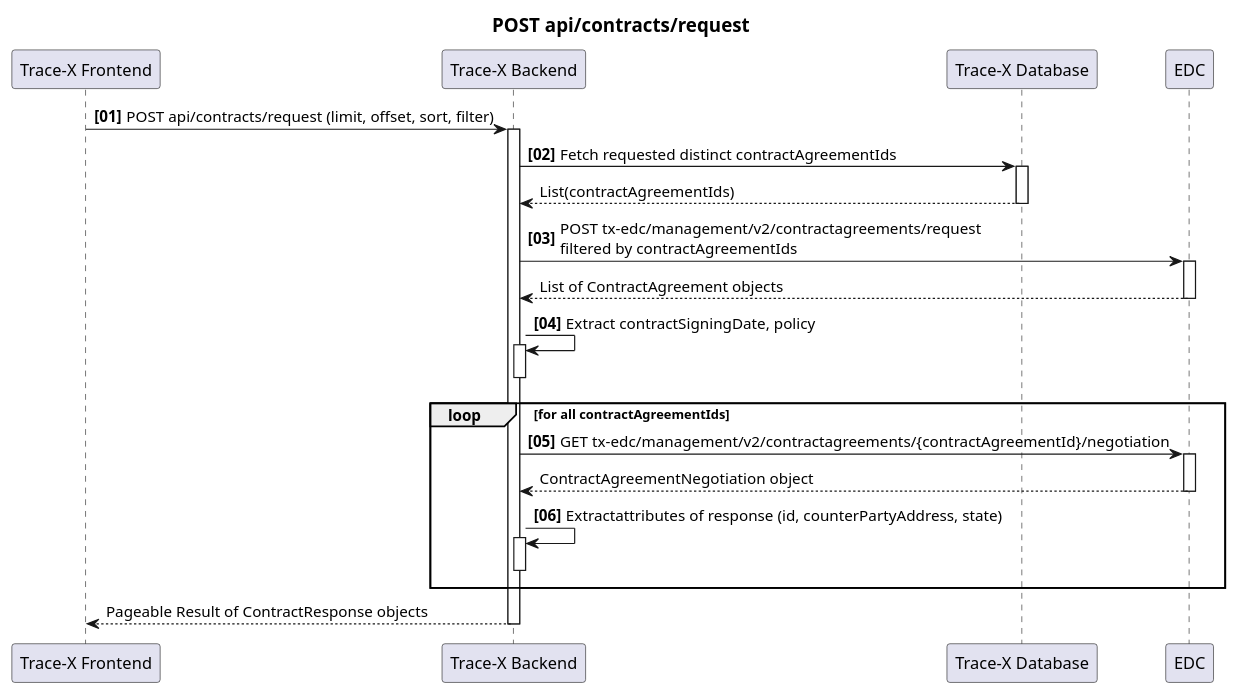
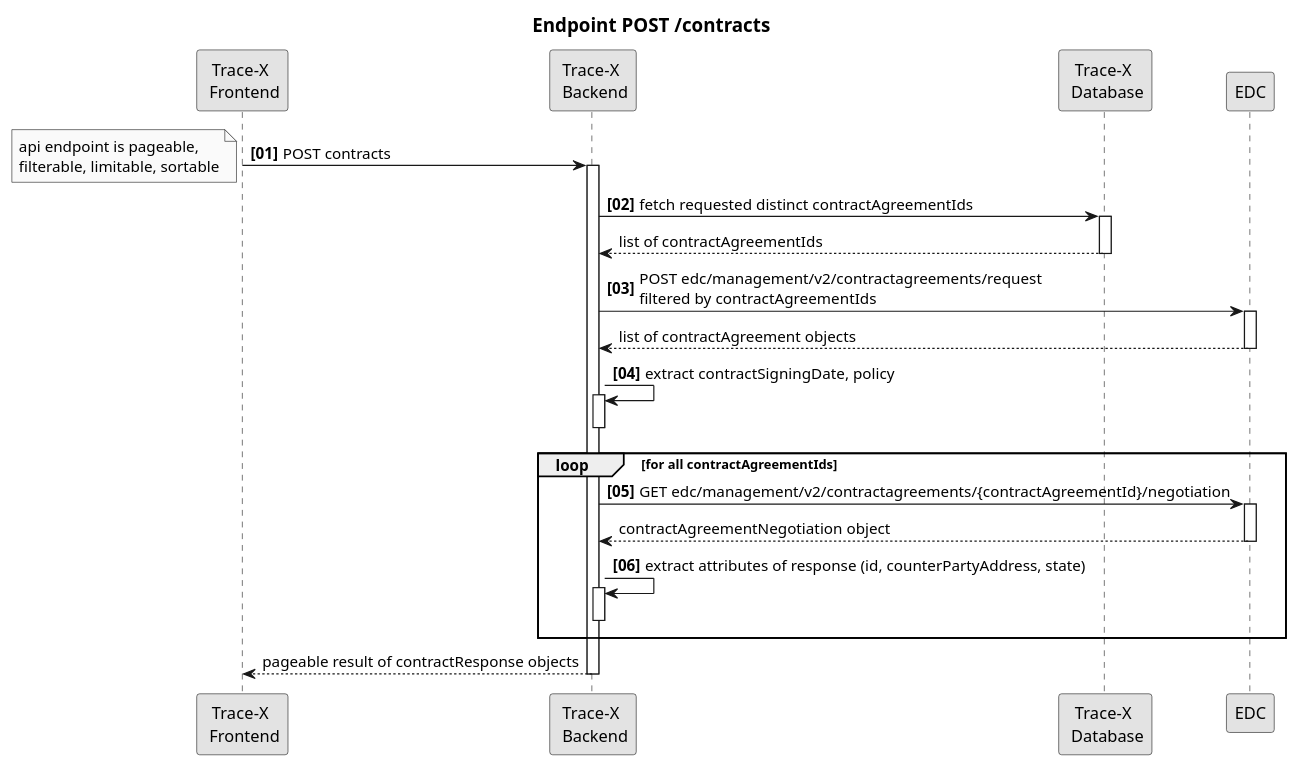
One commit to eclipse-tractusx/traceability-foss changed the diagram in docs/src/uml-diagrams/arc42/runtime-view/data-sovereignty/get-all-contracts-sequenceflow.puml. Above: the diagram before and after it, drawn with PlantUML. The commit also changed 2 other files, not shown here.

Commit message:
chore(documention):[#1108] update sequence diagram to current state

```diff
--- a/docs/src/uml-diagrams/arc42/runtime-view/data-sovereignty/get-all-contracts-sequenceflow.puml
+++ b/docs/src/uml-diagrams/arc42/runtime-view/data-sovereignty/get-all-contracts-sequenceflow.puml
@@ -1,50 +1,59 @@
 @startuml
 title
-    ==POST api/contracts/request
+    == Endpoint POST /contracts
 end title
+
+skinparam monochrome true
+skinparam shadowing false
+skinparam defaultFontName "Architects daughter"
+skinparam linetype ortho
 
 autonumber "<B>[00]"
 
-participant "Trace-X Frontend" as FE order 0
-participant "Trace-X Backend" as BE order 1
-participant "Trace-X Database" as DB order 2
+participant "Trace-X \n Frontend" as FE order 0
+participant "Trace-X \n Backend" as BE order 1
+participant "Trace-X \n Database" as DB order 2
 participant "EDC" as EDC order 3
 
-FE -> BE: POST api/contracts/request (limit, offset, sort, filter)
+FE -> BE: POST contracts
+ note left
+    api endpoint is pageable,
+    filterable, limitable, sortable
+ end note
 
 activate BE
-BE -> DB: Fetch requested distinct contractAgreementIds
+BE -> DB: fetch requested distinct contractAgreementIds
 activate DB
 autonumber stop
-DB --> BE: List(contractAgreementIds)
+DB --> BE: list of contractAgreementIds
 autonumber resume
 deactivate DB
 
-BE -> EDC: POST tx-edc/management/v2/contractagreements/request \nfiltered by contractAgreementIds
+BE -> EDC: POST edc/management/v2/contractagreements/request \nfiltered by contractAgreementIds
 activate EDC
 autonumber stop
-EDC --> BE: List of ContractAgreement objects
+EDC --> BE: list of contractAgreement objects
 autonumber resume
 deactivate EDC
-BE -> BE: Extract contractSigningDate, policy
+BE -> BE: extract contractSigningDate, policy
 activate BE
 deactivate BE
 
 loop for all contractAgreementIds
-BE -> EDC: GET tx-edc/management/v2/contractagreements/{contractAgreementId}/negotiation
+BE -> EDC: GET edc/management/v2/contractagreements/{contractAgreementId}/negotiation
 activate EDC
 autonumber stop
-EDC --> BE: ContractAgreementNegotiation object
+EDC --> BE: contractAgreementNegotiation object
 autonumber resume
 deactivate EDC
-BE -> BE: Extractattributes of response (id, counterPartyAddress, state)
+BE -> BE: extract attributes of response (id, counterPartyAddress, state)
 activate BE
 deactivate BE
 end
 
 autonumber stop
-BE --> FE: Pageable Result of ContractResponse objects
+BE --> FE: pageable result of contractResponse objects
 autonumber resume
 deactivate BE
 
 @enduml
```
